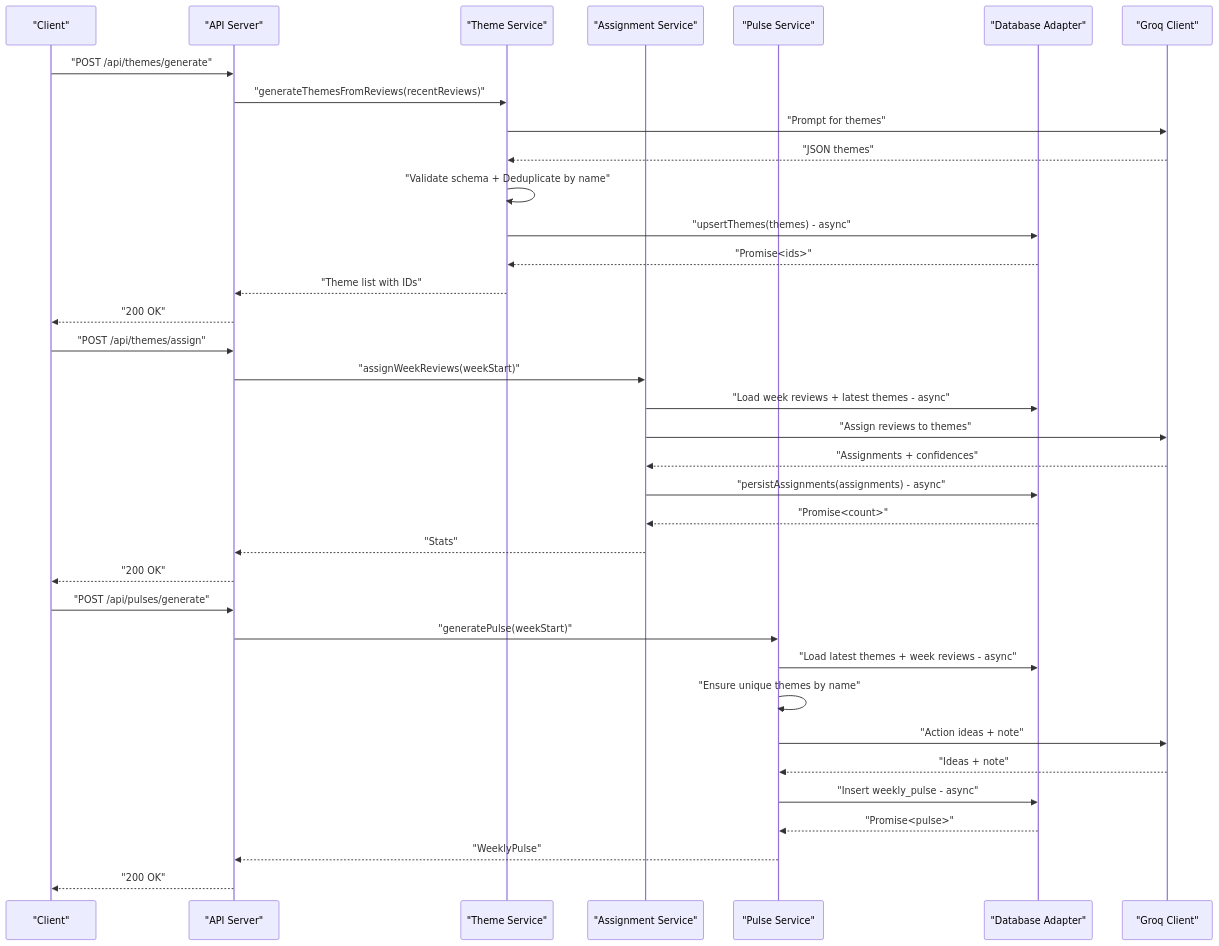
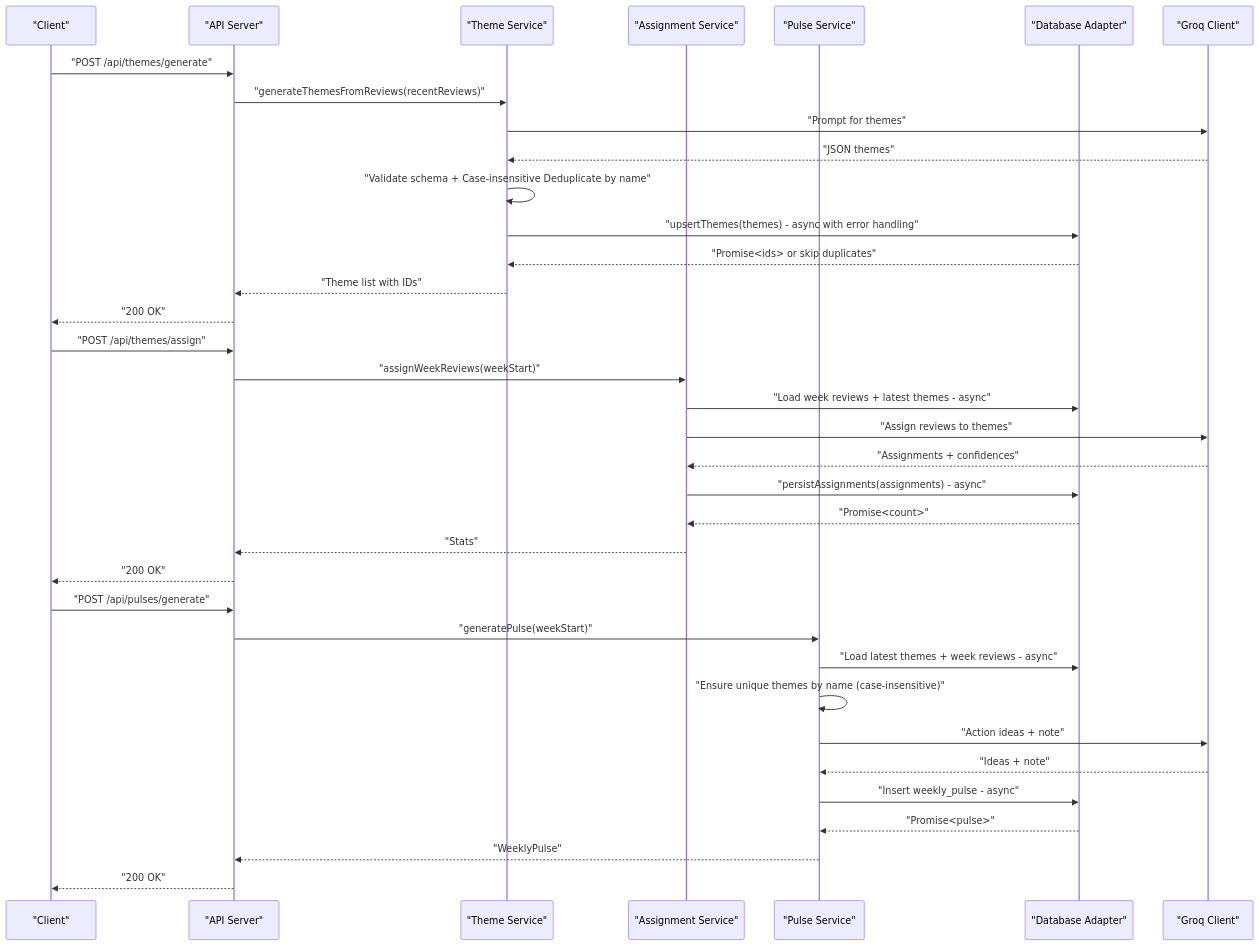
One commit to aravinthraj-ramalingam/Groww-App-Review-Insights-Analyzer- changed the second of 9 diagrams in .qoder/repowiki/en/content/Phase 2_ Advanced Analytics & Automation/Theme Generation & Management.md. Above: the diagram before and after it, drawn with Mermaid. The commit also changed other lines of this file and 4 other files, not shown here.

````diff
--- a/.qoder/repowiki/en/content/Phase 2_ Advanced Analytics & Automation/Theme Generation & Management.md
+++ b/.qoder/repowiki/en/content/Phase 2_ Advanced Analytics & Automation/Theme Generation & Management.md
@@ -152,38 +154,38 @@
 ```mermaid
 sequenceDiagram
 participant Client as "Client"
 participant API as "API Server"
 participant TS as "Theme Service"
 participant AS as "Assignment Service"
 participant PS as "Pulse Service"
 participant DB as "Database Adapter"
 participant LLM as "Groq Client"
 Client->>API : "POST /api/themes/generate"
 API->>TS : "generateThemesFromReviews(recentReviews)"
 TS->>LLM : "Prompt for themes"
 LLM-->>TS : "JSON themes"
-TS->>TS : "Validate schema + Deduplicate by name"
-TS->>DB : "upsertThemes(themes) - async"
-DB-->>TS : "Promise<ids>"
+TS->>TS : "Validate schema + Case-insensitive Deduplicate by name"
+TS->>DB : "upsertThemes(themes) - async with error handling"
+DB-->>TS : "Promise<ids> or skip duplicates"
 TS-->>API : "Theme list with IDs"
 API-->>Client : "200 OK"
 Client->>API : "POST /api/themes/assign"
 API->>AS : "assignWeekReviews(weekStart)"
 AS->>DB : "Load week reviews + latest themes - async"
 AS->>LLM : "Assign reviews to themes"
 LLM-->>AS : "Assignments + confidences"
 AS->>DB : "persistAssignments(assignments) - async"
 DB-->>AS : "Promise<count>"
 AS-->>API : "Stats"
 API-->>Client : "200 OK"
 Client->>API : "POST /api/pulses/generate"
 API->>PS : "generatePulse(weekStart)"
 PS->>DB : "Load latest themes + week reviews - async"
-PS->>PS : "Ensure unique themes by name"
+PS->>PS : "Ensure unique themes by name (case-insensitive)"
 PS->>LLM : "Action ideas + note"
 LLM-->>PS : "Ideas + note"
 PS->>DB : "Insert weekly_pulse - async"
 DB-->>PS : "Promise<pulse>"
 PS-->>API : "WeeklyPulse"
 API-->>Client : "200 OK"
 ```
````
